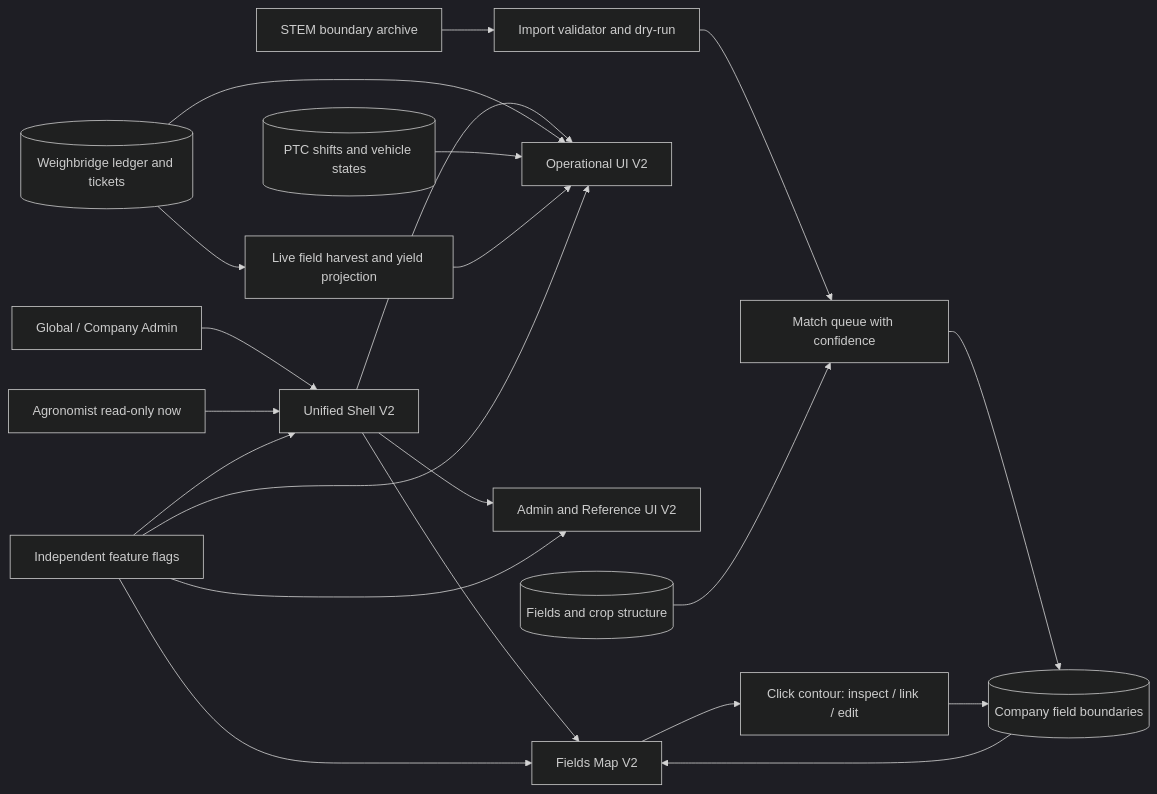
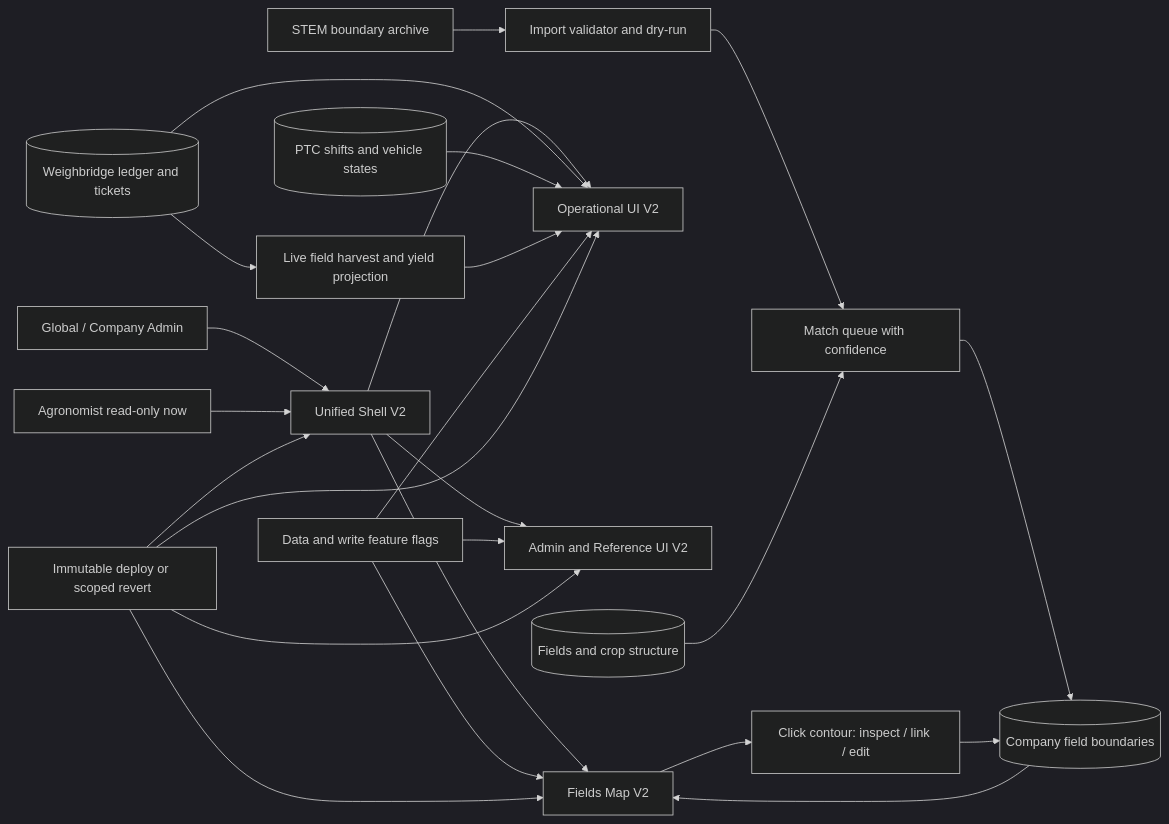
The diagram in docs/project-live/TRAVKINFLOW_2_MASTER_PLAN.md (TravkinSoft/agri-manager), drawn with Mermaid (dark theme) before and after one commit. The commit also changed other lines of this file, not shown here.

````diff
--- a/docs/project-live/TRAVKINFLOW_2_MASTER_PLAN.md
+++ b/docs/project-live/TRAVKINFLOW_2_MASTER_PLAN.md
@@ -44,26 +45,29 @@
 ```mermaid
 flowchart LR
   U[Global / Company Admin] --> S[Unified Shell V2]
   A[Agronomist read-only now] --> S
   S --> M[Fields Map V2]
   S --> O[Operational UI V2]
   S --> D[Admin and Reference UI V2]
 
   Z[STEM boundary archive] --> I[Import validator and dry-run]
   I --> Q[Match queue with confidence]
   Q --> B[(Company field boundaries)]
   B --> M
   F[(Fields and crop structure)] --> Q
   M --> E[Click contour: inspect / link / edit]
   E --> B
 
   W[(Weighbridge ledger and tickets)] --> O
   P[(PTC shifts and vehicle states)] --> O
   W --> Y[Live field harvest and yield projection]
   Y --> O
 
-  FF[Independent feature flags] --> S
-  FF --> M
+  FF[Data and write feature flags] --> M
   FF --> O
   FF --> D
+  R[Immutable deploy or scoped revert] --> S
+  R --> M
+  R --> O
+  R --> D
 ```
````
